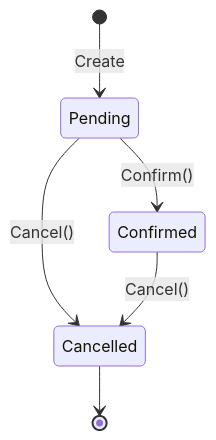
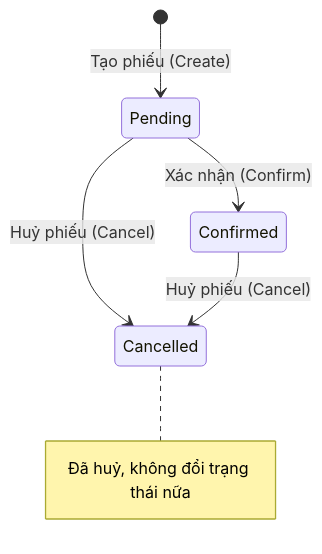
One commit to NNDiemMy/IN421109--PTPMHDT changed the diagram in TRA-LOI.md. Above: the diagram before and after it, drawn with Mermaid. The commit also changed other lines of this file and 3 other files, not shown here.

````diff
--- a/TRA-LOI.md
+++ b/TRA-LOI.md
@@ -23,8 +20,8 @@
 ```mermaid
 stateDiagram-v2
-    [*] --> Pending : Create
-    Pending --> Confirmed : Confirm()
-    Pending --> Cancelled : Cancel()
-    Confirmed --> Cancelled : Cancel()
-    Cancelled --> [*]
+    [*] --> Pending : Tạo phiếu (Create)
+    Pending --> Confirmed : Xác nhận (Confirm)
+    Pending --> Cancelled : Huỷ phiếu (Cancel)
+    Confirmed --> Cancelled : Huỷ phiếu (Cancel)
+    note right of Cancelled: Đã huỷ, không đổi trạng thái nữa
 ```
````
